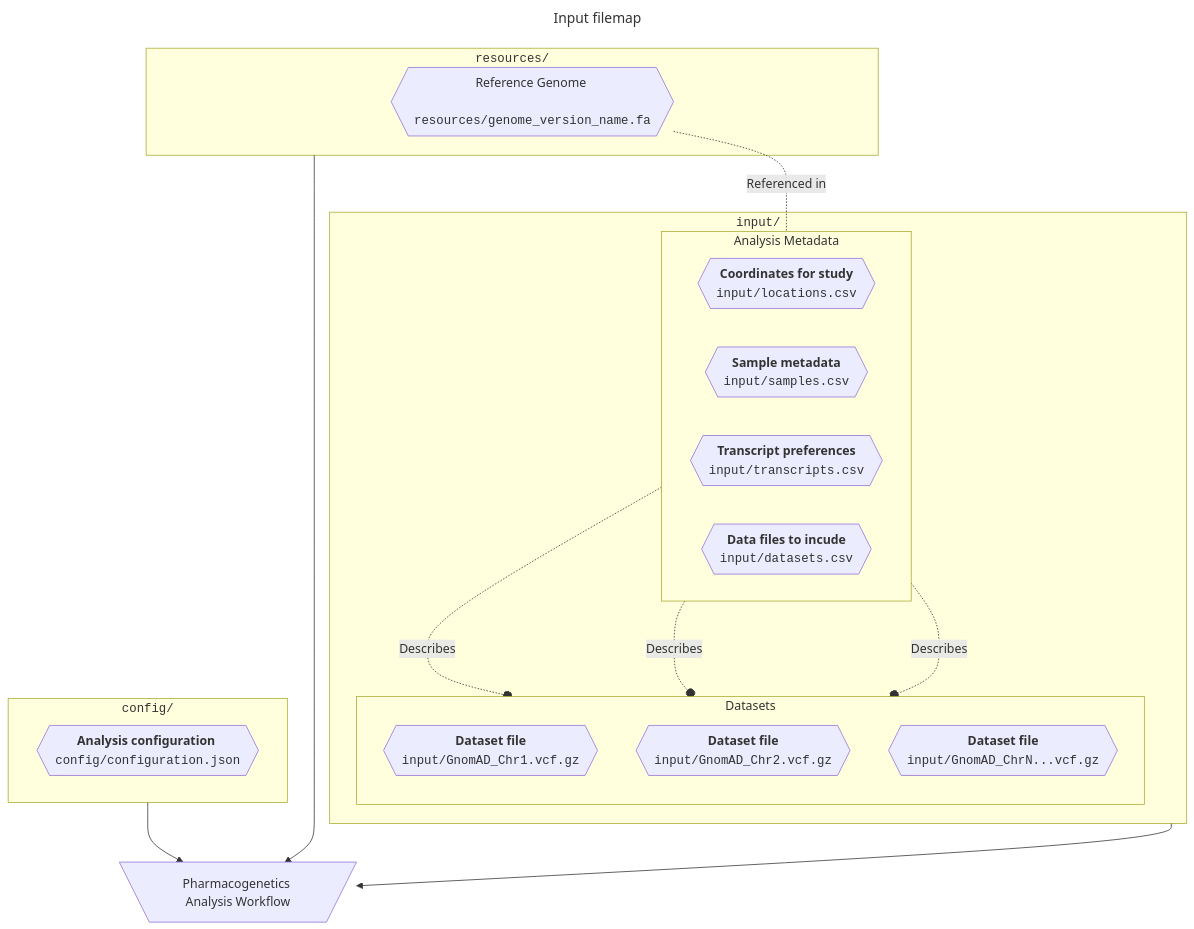
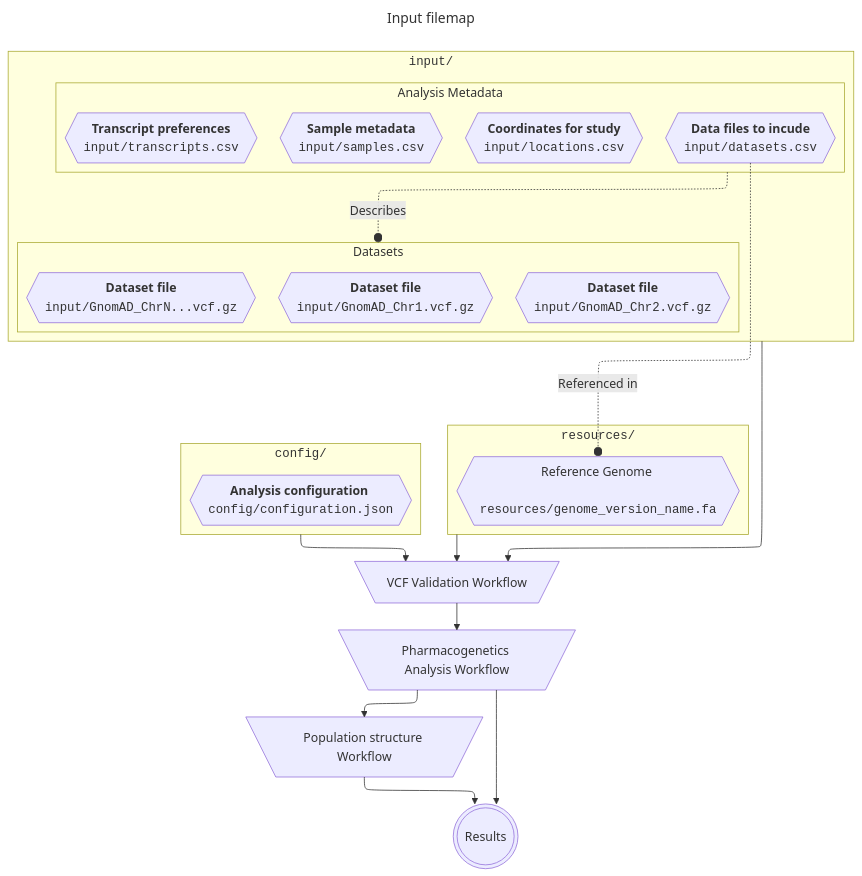
Before and after one commit to Tuks-ICMM/Pharmacogenetic-Analysis-Pipeline: the diagram in .docs/02-workflow/02-data.md, drawn with Mermaid. The commit also changed 2 other files, not shown here.

Commit message:
Added links to sub-workflows, added attr for markdown processing

````diff
--- a/.docs/02-workflow/02-data.md
+++ b/.docs/02-workflow/02-data.md
@@ -52,41 +52,57 @@
 ```mermaid
 ---
 title: Input filemap
+config:
+    flowchart:
+        defaultRenderer: elk
+    elk:
+        nodePlacementStrategy: BRANDES_KOEPF
 ---
 flowchart TB
-  subgraph resources [<code>resources/</code>]
-      reference_genome{{Reference Genome <br> <code>resources/genome_version_name.fa</code>}}
-  end
   subgraph input [<code>input/</code>]
       subgraph data [Datasets]
-          direction TB
           datasetFile1{{<b>Dataset file</b><br><code>input/GnomAD_Chr1.vcf.gz</code>}}
           datasetFile2{{<b>Dataset file</b><br><code>input/GnomAD_Chr2.vcf.gz</code>}}
           datasetFileN{{<b>Dataset file</b><br><code>input/GnomAD_ChrN...vcf.gz</code>}}
       end
 
       subgraph metadata [Analysis Metadata]
-          direction LR
           locationMeta{{<b>Coordinates for study</b><br><code>input/locations.csv</code>}}
           sampleMeta{{<b>Sample metadata</b><br><code>input/samples.csv</code>}}
+          datasetMeta{{<b>Data files to incude</b><br><code>input/datasets.csv</code>}}
           transcriptMeta{{<b>Transcript preferences</b><br><code>input/transcripts.csv</code>}}
-          datasetMeta{{<b>Data files to incude</b><br><code>input/datasets.csv</code>}}
       end
+  end
+  subgraph resources [<code>resources/</code>]
+      reference_genome{{Reference Genome <br> <code>resources/genome_version_name.fa</code>}}
   end
   subgraph config [<code>config/</code>]
     configuration{{<b>Analysis configuration</b> <br><code>config/configuration.json</code>}}
   end
-  workflow[\Pharmacogenetics Analysis Workflow/]
 
-  click workflow href "/workflow/methodology" _blank
+  vcf_validation_workflow[\VCF Validation Workflow/]
+  click vcf_validation_workflow href "https://tuks-icmm.github.io/VCF-Validation-Workflow/workflow/methodology" _blank
 
-  datasetMeta -..-o|Describes| data
-  sampleMeta -..-o|Describes| data
-  locationMeta -..-o|Describes| data
+  pharmacogenetic_analysis_workflow[\Pharmacogenetics Analysis Workflow/]
+  click pharmacogenetic_analysis_workflow href "/workflow/methodology" _blank
 
-  reference_genome -.-|Referenced in| datasetMeta
+  population_structure_workflow[\Population structure Workflow/]
+  click population_structure_workflow href "https://tuks-icmm.github.io/Population-Structure-Workflow/workflow/methodology" _blank
 
-  config --> workflow
-  resources ----> workflow
-  input ----> workflow
+  datasetMeta -...-o|Referenced in| reference_genome
+
+  metadata -.-o|Describes| data
+
+  input --> vcf_validation_workflow
+  config ----> vcf_validation_workflow
+  resources ----> vcf_validation_workflow
+
+  vcf_validation_workflow --> pharmacogenetic_analysis_workflow
+
+  pharmacogenetic_analysis_workflow --> population_structure_workflow
+  pharmacogenetic_analysis_workflow --> results
+
+  population_structure_workflow --> results
+
+  results(((Results)))
 ```
````
